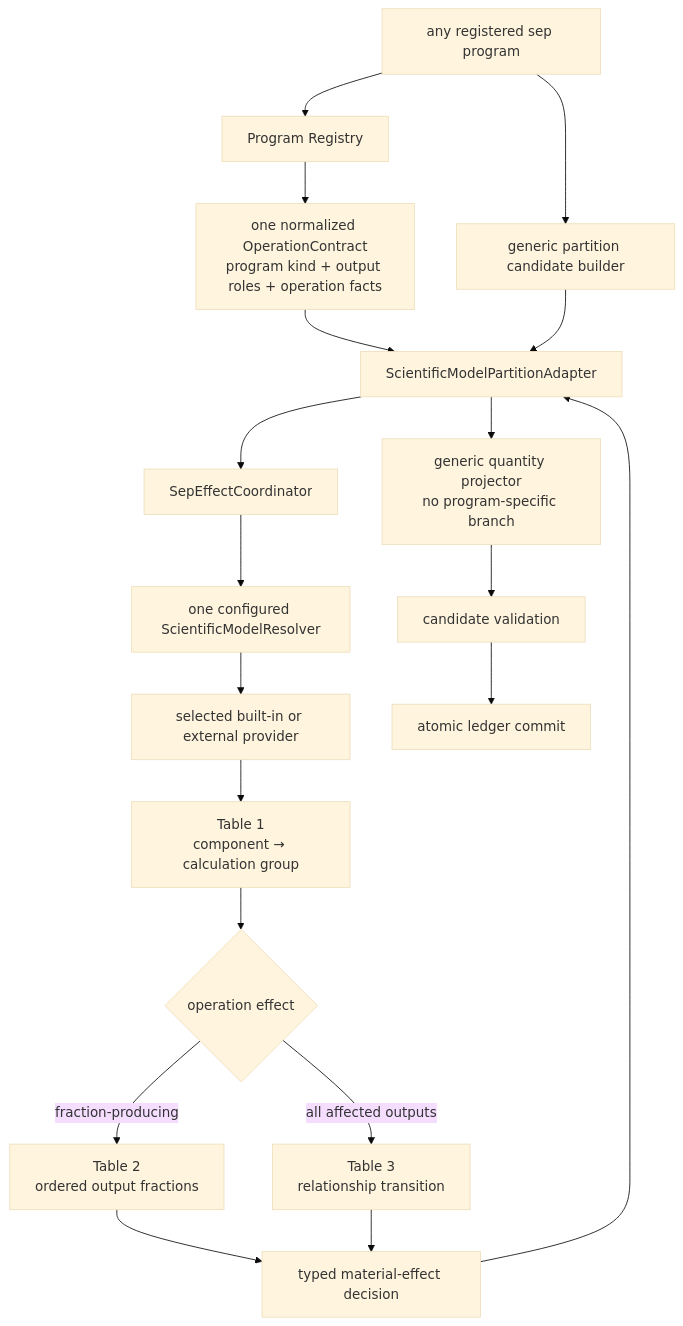
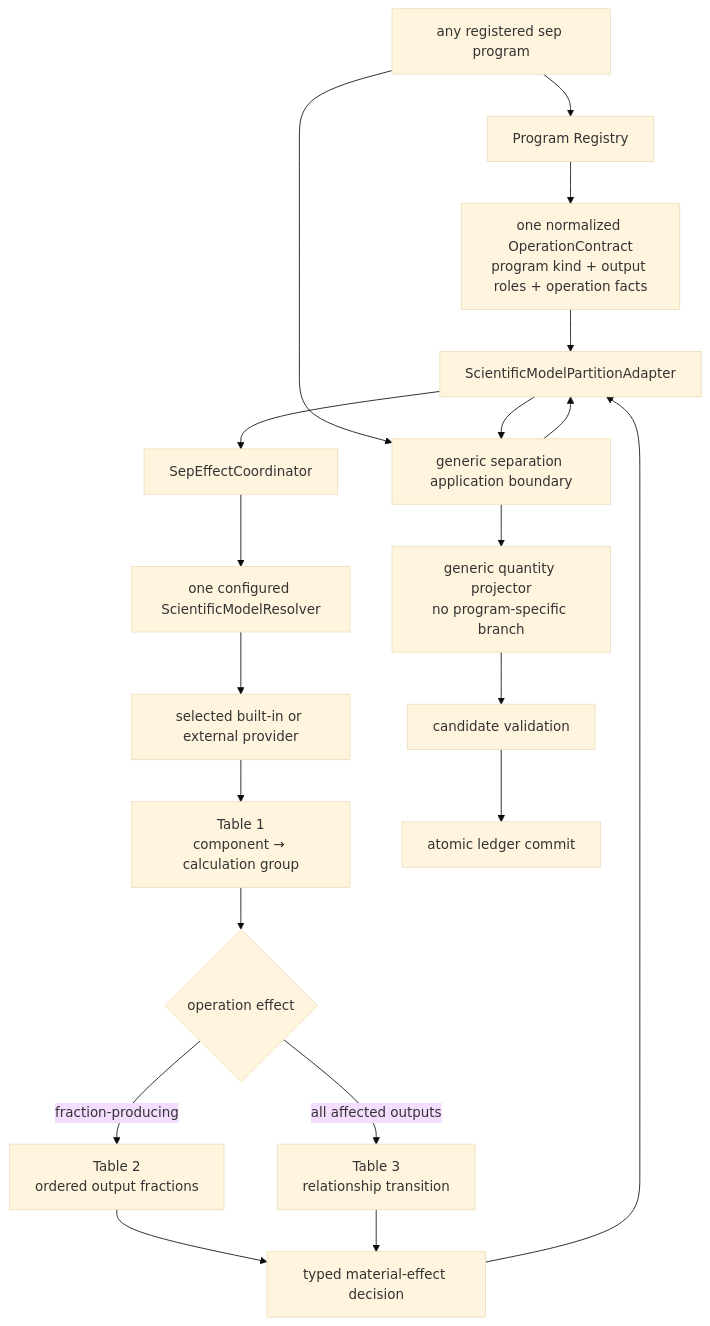
Before and after one commit to culsma/culsma: the seventh of 8 diagrams in docs/architecture/scientific_model_module_diagrams.md, drawn with Mermaid (base theme). The commit also changed other lines of this file and 17 other files, not shown here.

Commit message:
refactor(material): centralize separation application

````diff
--- a/docs/architecture/scientific_model_module_diagrams.md
+++ b/docs/architecture/scientific_model_module_diagrams.md
@@ -476,24 +481,25 @@
 ```mermaid
 flowchart TB
     Step["any registered sep program"] --> ProgramRegistry["Program Registry"]
     ProgramRegistry --> Contract["one normalized OperationContract<br/>program kind + output roles + operation facts"]
-    Step --> Partition["generic partition candidate builder"]
+    Step --> Separation["generic separation application boundary"]
     Contract --> Adapter["ScientificModelPartitionAdapter"]
-    Partition --> Adapter
+    Separation --> Adapter
 
     Adapter --> Coordinator["SepEffectCoordinator"]
     Coordinator --> Resolver["one configured ScientificModelResolver"]
     Resolver --> Provider["selected built-in or external provider"]
 
     Provider --> T1["Table 1<br/>component → calculation group"]
     T1 --> Effect{"operation effect"}
     Effect -->|fraction-producing| T2["Table 2<br/>ordered output fractions"]
     Effect -->|all affected outputs| T3["Table 3<br/>relationship transition"]
     T2 --> Decision["typed material-effect decision"]
     T3 --> Decision
 
     Decision --> Adapter
-    Adapter --> Projector["generic quantity projector<br/>no program-specific branch"]
+    Adapter --> Separation
+    Separation --> Projector["generic quantity projector<br/>no program-specific branch"]
     Projector --> Validate["candidate validation"]
     Validate --> Ledger["atomic ledger commit"]
 ```
````
